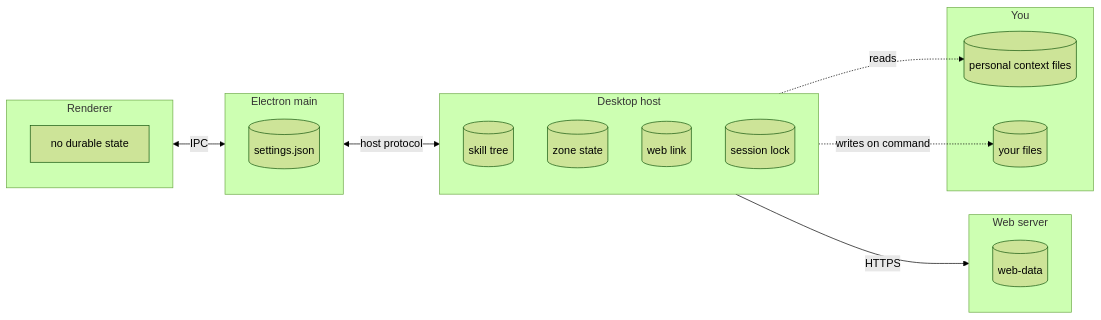
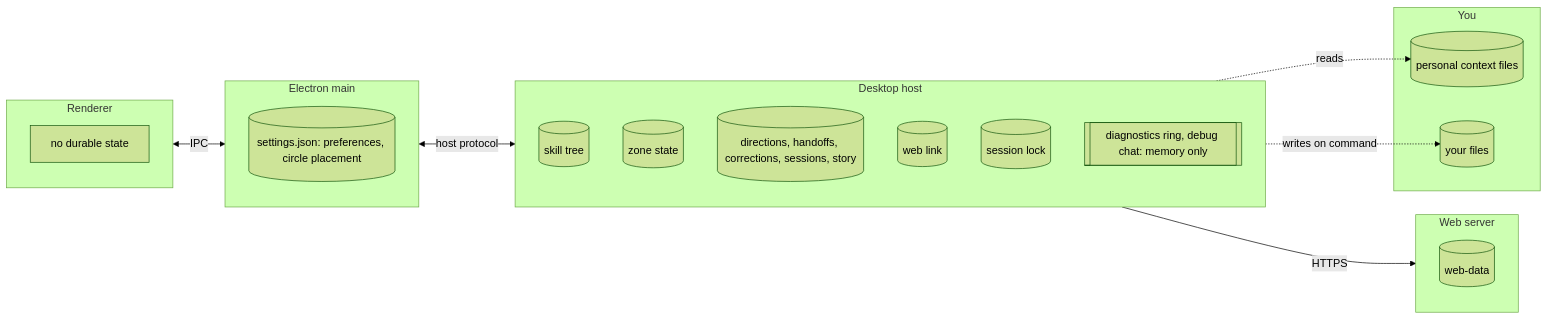
The diagram in docs/architecture.md (hub-ry/dum-intern), drawn with Mermaid (forest theme) before and after one commit. The commit also changed other lines of this file and 20 other files, not shown here.

Commit message:
circle: smoke rewrite for circle/window journeys, docs cutover; fix alignment/debug publish, Esc order in views, debug draft kept, Quit hang from deferred publish

````diff
--- a/docs/architecture.md
+++ b/docs/architecture.md
@@ -7,27 +7,29 @@
 ```mermaid
 flowchart LR
   subgraph MAIN["Electron main"]
-    settings[(settings.json)]
+    settings[(settings.json: preferences, circle placement)]
   end
   subgraph HOST["Desktop host"]
     tree[(skill tree)]
     zones[(zone state)]
+    records[(directions, handoffs, corrections, sessions, story)]
     weblink[(web link)]
     lock[(session lock)]
+    diag[[diagnostics ring, debug chat: memory only]]
   end
   subgraph RENDERER["Renderer"]
     none[no durable state]
   end
   subgraph WEB["Web server"]
     webdata[(web-data)]
   end
   subgraph YOU["You"]
     context[(personal context files)]
     files[(your files)]
   end
   RENDERER <-- IPC --> MAIN
   MAIN <-- host protocol --> HOST
   HOST -- HTTPS --> WEB
   HOST -. writes on command .-> files
   HOST -. reads .-> context
 ```
````
